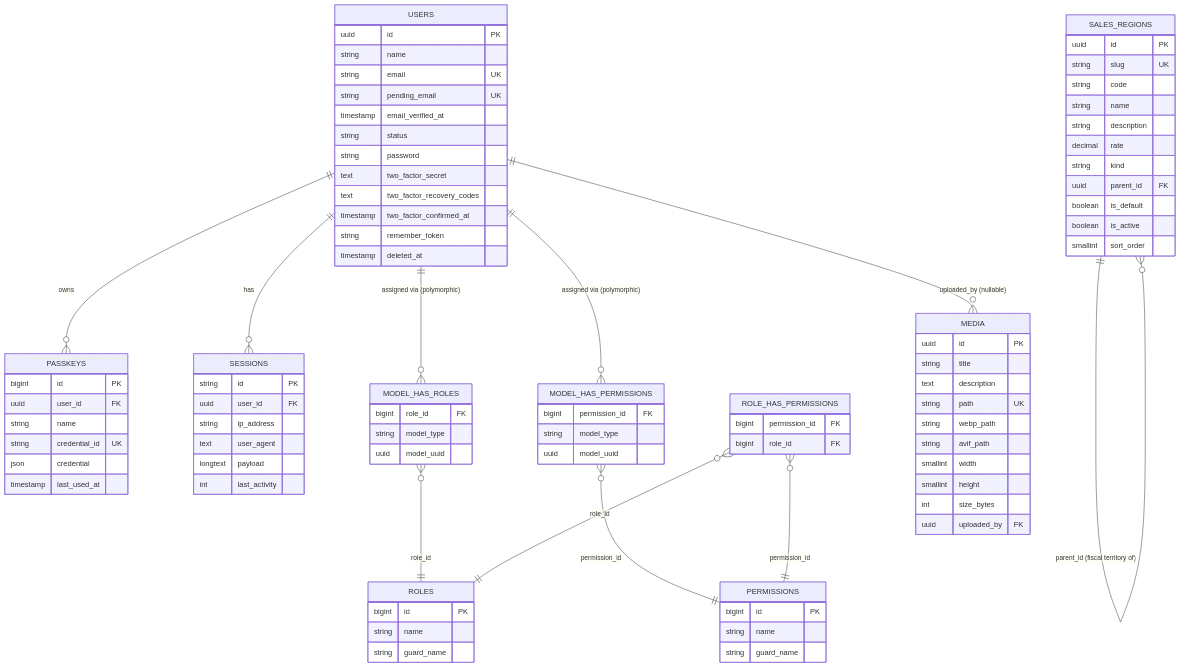
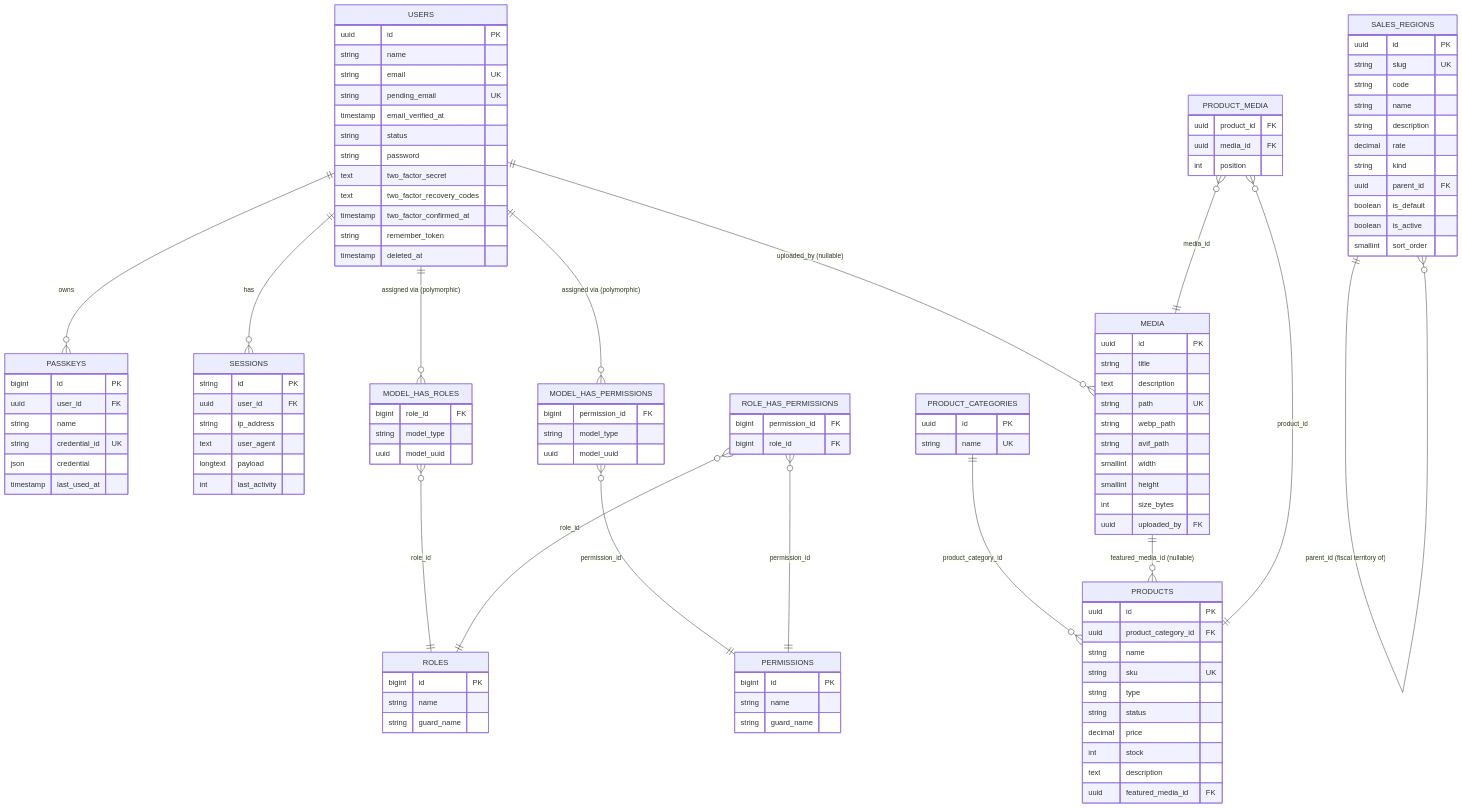
One commit to LIDR-academy/AI4Devs-finalproject changed the diagram in arospe/docs/database/schema.md. Above: the diagram before and after it, drawn with Mermaid. The commit also changed other lines of this file and 7 other files, not shown here.

````diff
--- a/arospe/docs/database/schema.md
+++ b/arospe/docs/database/schema.md
@@ -23,6 +23,10 @@
     ROLE_HAS_PERMISSIONS }o--|| PERMISSIONS : permission_id
     SALES_REGIONS ||--o{ SALES_REGIONS : "parent_id (fiscal territory of)"
     USERS ||--o{ MEDIA : "uploaded_by (nullable)"
+    PRODUCT_CATEGORIES ||--o{ PRODUCTS : product_category_id
+    MEDIA ||--o{ PRODUCTS : "featured_media_id (nullable)"
+    PRODUCT_MEDIA }o--|| PRODUCTS : product_id
+    PRODUCT_MEDIA }o--|| MEDIA : media_id
 
     USERS {
         uuid id PK
@@ -103,4 +107,25 @@
         int size_bytes
         uuid uploaded_by FK
     }
+    PRODUCT_CATEGORIES {
+        uuid id PK
+        string name UK
+    }
+    PRODUCTS {
+        uuid id PK
+        uuid product_category_id FK
+        string name
+        string sku UK
+        string type
+        string status
+        decimal price
+        int stock
+        text description
+        uuid featured_media_id FK
+    }
+    PRODUCT_MEDIA {
+        uuid product_id FK
+        uuid media_id FK
+        int position
+    }
 ```
````
